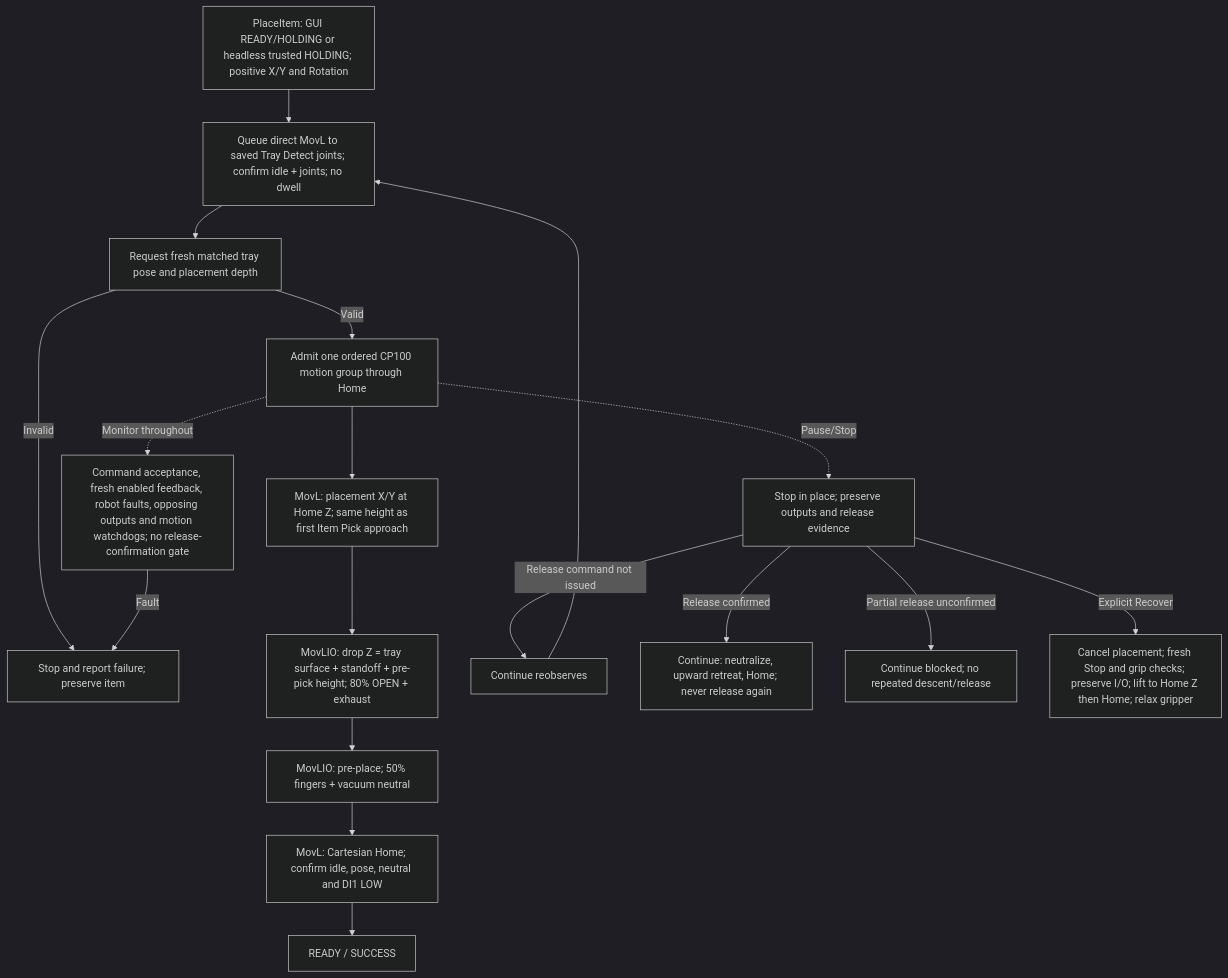
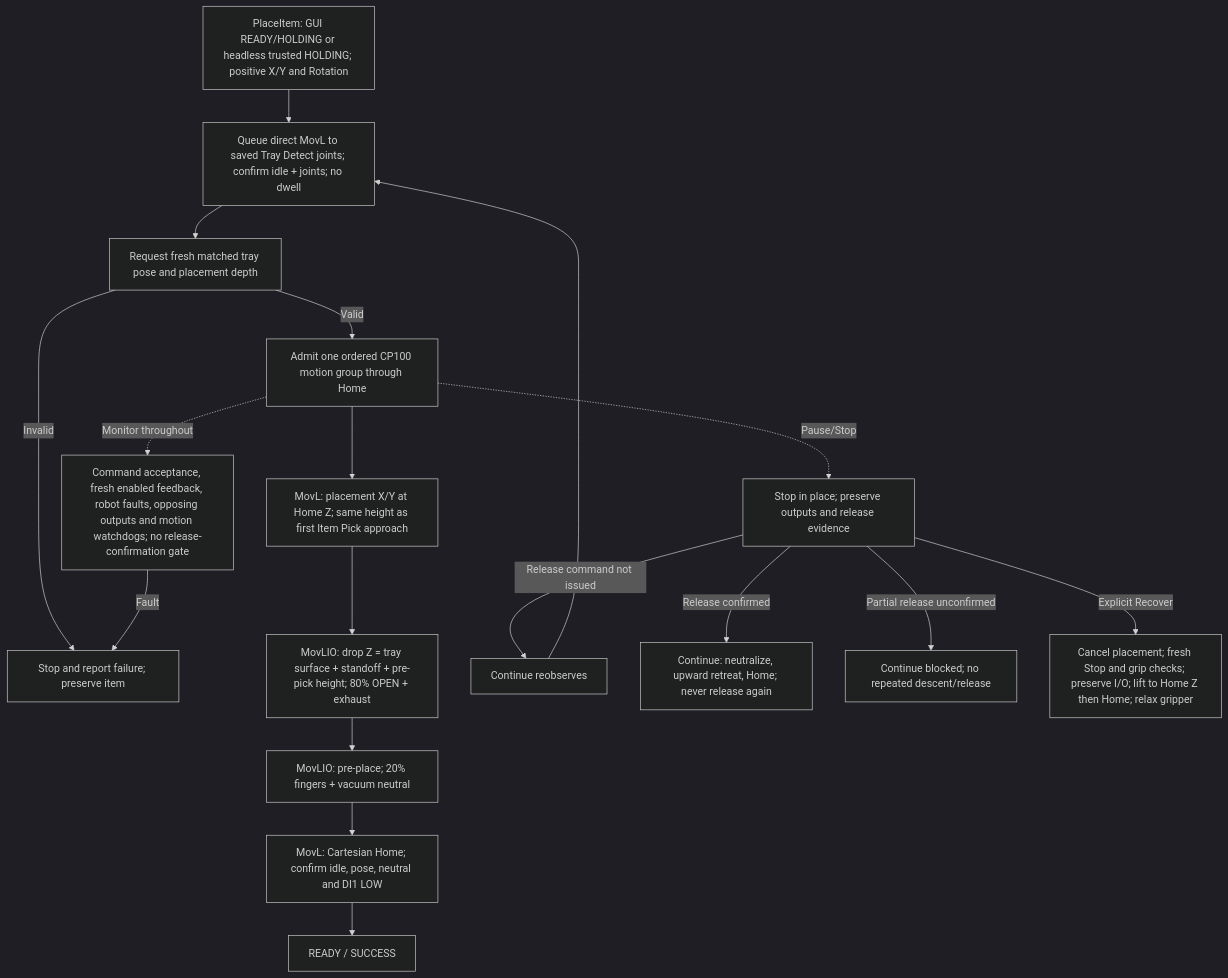
Before and after one commit to esgange/dobot_picknplace_yolo: the fourth of 7 diagrams in docs/ROBOT_CONTROLLER_FSM.md, drawn with Mermaid (dark theme). The commit also changed other lines of this file and 9 other files, not shown here.

````diff
--- a/docs/ROBOT_CONTROLLER_FSM.md
+++ b/docs/ROBOT_CONTROLLER_FSM.md
@@ -273,20 +273,20 @@
 ```mermaid
 flowchart TD
     Request["PlaceItem: GUI READY/HOLDING or headless trusted HOLDING; positive X/Y and Rotation"] --> Observe["Queue direct MovL to saved Tray Detect joints; confirm idle + joints; no dwell"]
     Observe --> Depth["Request fresh matched tray pose and placement depth"]
     Depth -->|Invalid| Stop["Stop and report failure; preserve item"]
     Depth -->|Valid| Queue["Admit one ordered CP100 motion group through Home"]
     Queue --> Pre["MovL: placement X/Y at Home Z; same height as first Item Pick approach"]
     Pre --> Release["MovLIO: drop Z = tray surface + standoff + pre-pick height; 80% OPEN + exhaust"]
-    Release --> Retract["MovLIO: pre-place; 50% fingers + vacuum neutral"]
+    Release --> Retract["MovLIO: pre-place; 20% fingers + vacuum neutral"]
     Retract --> Home["MovL: Cartesian Home; confirm idle, pose, neutral and DI1 LOW"]
     Home --> Ready["READY / SUCCESS"]
     Queue -. "Monitor throughout" .-> Feedback["Command acceptance, fresh enabled feedback, robot faults, opposing outputs and motion watchdogs; no release-confirmation gate"]
     Feedback -->|Fault| Stop
     Queue -. "Pause/Stop" .-> Stopped["Stop in place; preserve outputs and release evidence"]
     Stopped -->|Release command not issued| Retry["Continue reobserves"]
     Retry --> Observe
     Stopped -->|Release confirmed| Recover["Continue: neutralize, upward retreat, Home; never release again"]
     Stopped -->|Partial release unconfirmed| Block["Continue blocked; no repeated descent/release"]
     Stopped -->|Explicit Recover| Cancel["Cancel placement; fresh Stop and grip checks; preserve I/O; lift to Home Z then Home; relax gripper"]
 ```
````
